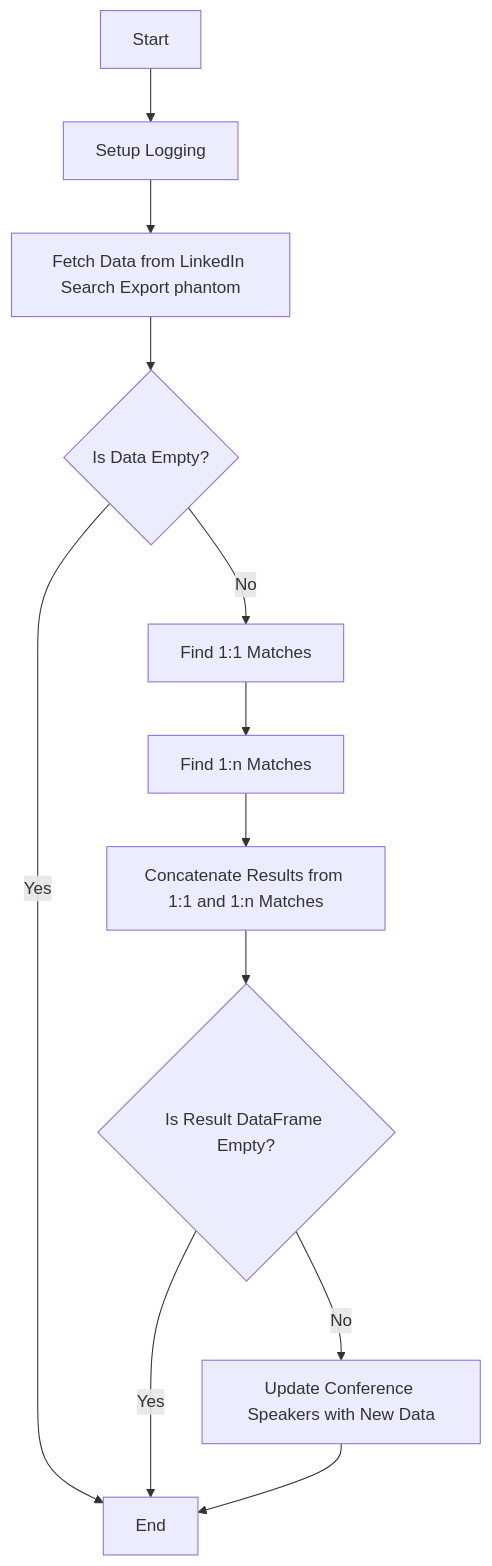
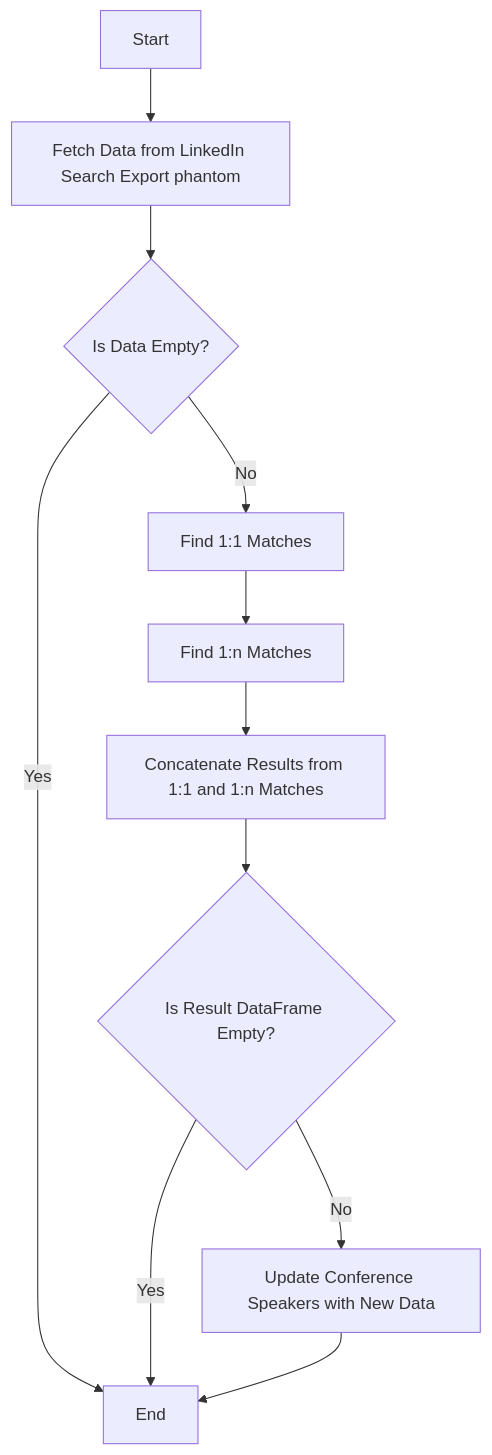
One commit to SlavkoMuzdeka/Intelligence-Machine changed the fourth of 5 diagrams in README.md. Above: the diagram before and after it, drawn with Mermaid. The commit also changed other lines of this file, not shown here.

````diff
--- a/README.md
+++ b/README.md
@@ -173,21 +170,20 @@
 ```mermaid
 flowchart TD
-    A[Start] --> B[Setup Logging]
+    A[Start] --> B[Fetch Data from LinkedIn Search Export phantom]
     
-    B --> C[Fetch Data from LinkedIn Search Export phantom]
-    C --> D{Is Data Empty?}
+    B --> D{Is Data Empty?}
     
     D -- Yes --> F[End]
     
     D -- No --> H[Find 1:1 Matches]
     H --> J[Find 1:n Matches]
 
     J --> L[Concatenate Results from 1:1 and 1:n Matches]
     
     L --> M{Is Result DataFrame Empty?}
     
     M -- Yes --> F
     M -- No --> O[Update Conference Speakers with New Data]
     
     O --> F
 ```
````
